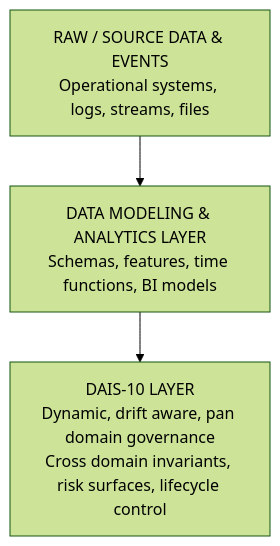
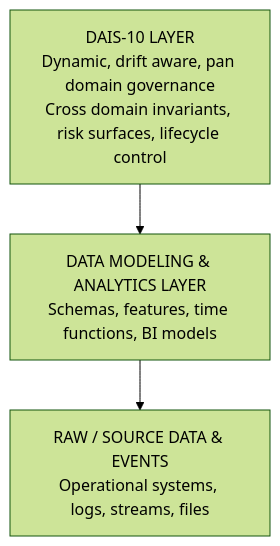
One commit to usman19zafar/DAIS-10-Continuum changed the first of 2 diagrams in DIAS Vs. Data Modeling.md. Above: the diagram before and after it, drawn with Mermaid (forest theme).

Commit message:
Update DIAS Vs. Data Modeling.md

````diff
--- a/DIAS Vs. Data Modeling.md
+++ b/DIAS Vs. Data Modeling.md
@@ -1,10 +1,10 @@
 ```mermaid
 
 flowchart TD
 
-    A[RAW / SOURCE DATA & EVENTS<br/>Operational systems, logs, streams, files] 
+    C[DAIS-10 LAYER<br/>Dynamic, drift aware, pan domain governance<br/>Cross domain invariants, risk surfaces, lifecycle control]
         --> B[DATA MODELING & ANALYTICS LAYER<br/>Schemas, features, time functions, BI models]
 
-    B --> C[DAIS-10 LAYER<br/>Dynamic, drift aware, pan domain governance<br/>Cross domain invariants, risk surfaces, lifecycle control]
+    B --> A[RAW / SOURCE DATA & EVENTS<br/>Operational systems, logs, streams, files]
 
 ```
````
